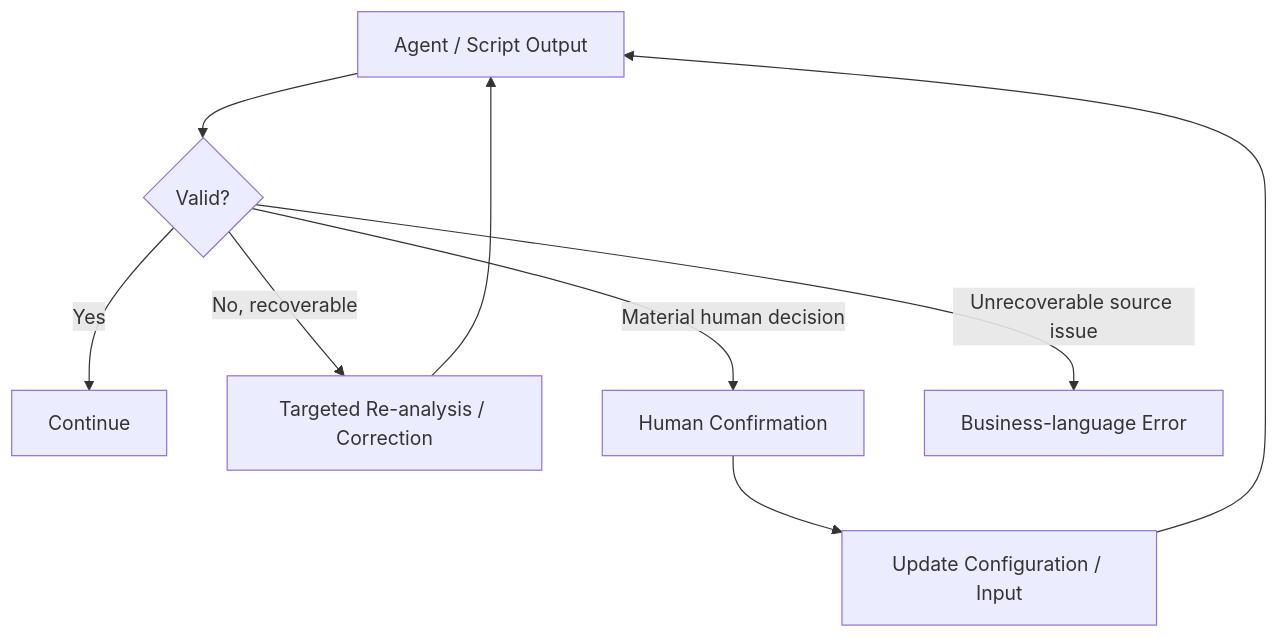
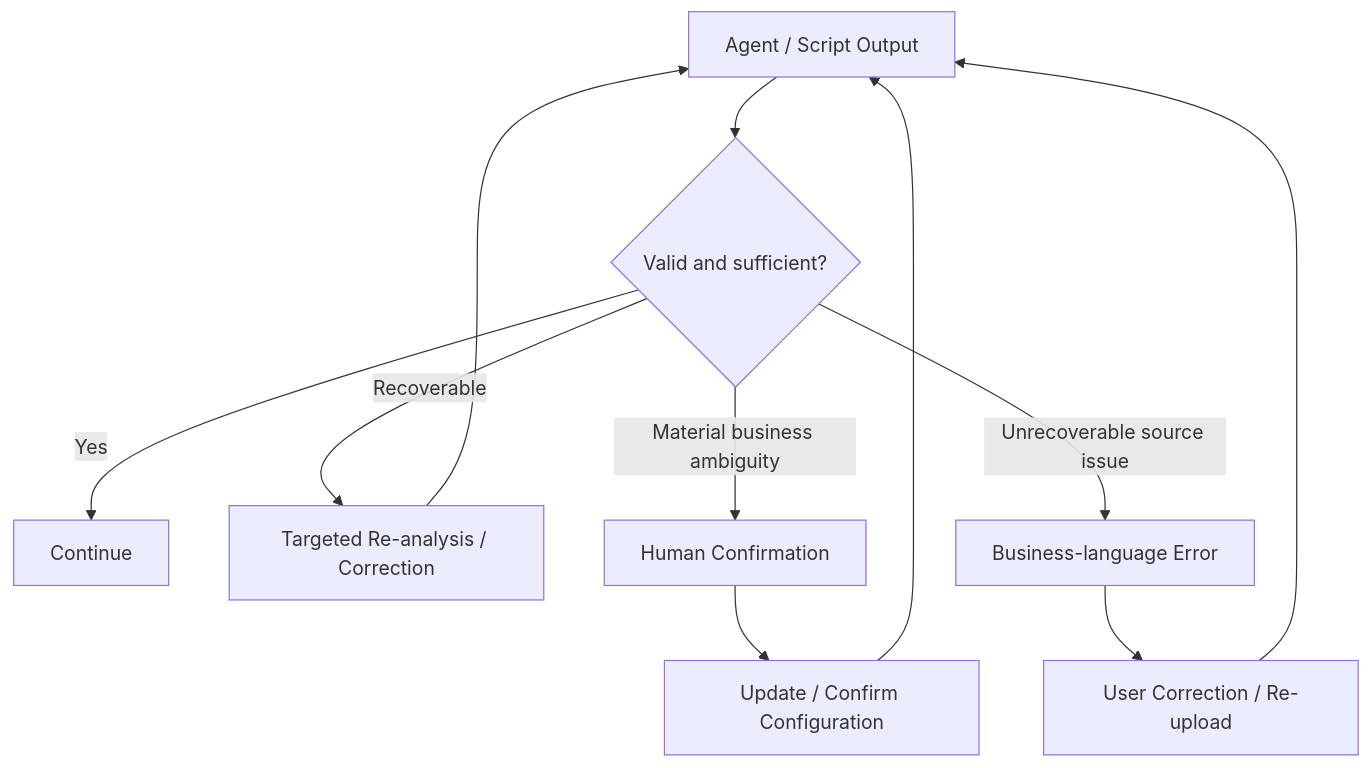
Before and after one commit to adityarane-ai/Agentic-Orchestrations: the second of 2 diagrams in Bid Analysis Agent/04-System-Architecture.md, drawn with Mermaid. The commit also changed other lines of this file, not shown here.

Commit message:
Align system architecture diagrams with V1.2 Deep Agent HITL architecture

````diff
--- a/Bid Analysis Agent/04-System-Architecture.md
+++ b/Bid Analysis Agent/04-System-Architecture.md
@@ -208,12 +220,13 @@
 ```mermaid
 flowchart TD
-
-A[Agent / Script Output] --> B{Valid?}
-B -->|Yes| C[Continue]
-B -->|No, recoverable| D[Targeted Re-analysis / Correction]
-D --> A
-B -->|Material human decision| E[Human Confirmation]
-E --> F[Update Configuration / Input]
-F --> A
-B -->|Unrecoverable source issue| G[Business-language Error]
+    A[Agent / Script Output] --> B{Valid and sufficient?}
+    B -->|Yes| C[Continue]
+    B -->|Recoverable| D[Targeted Re-analysis / Correction]
+    D --> A
+    B -->|Material business ambiguity| E[Human Confirmation]
+    E --> F[Update / Confirm Configuration]
+    F --> A
+    B -->|Unrecoverable source issue| G[Business-language Error]
+    G --> H[User Correction / Re-upload]
+    H --> A
 ```
````
